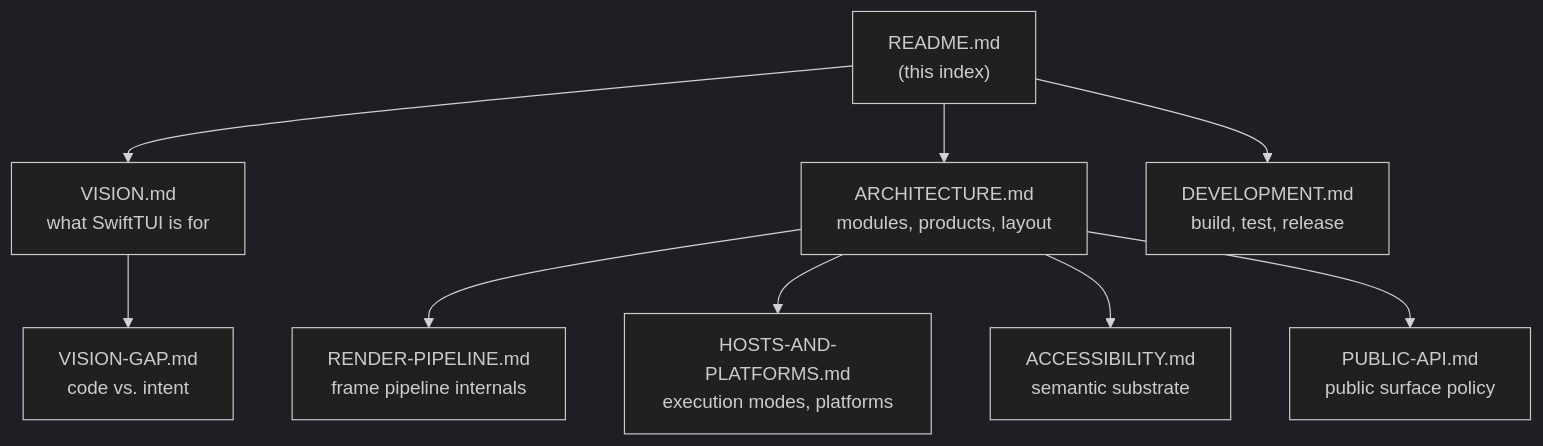
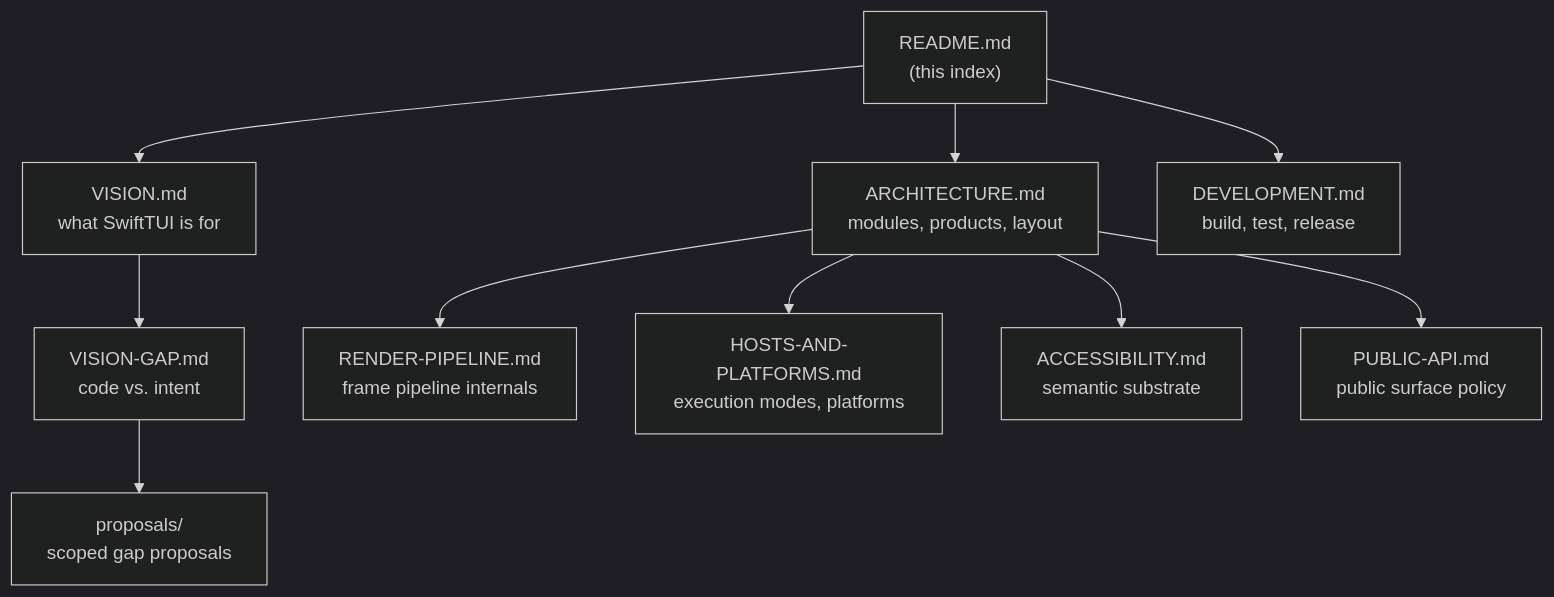
One commit to SwiftTUI/swift-tui changed the diagram in docs/README.md. Above: the diagram before and after it, drawn with Mermaid (dark theme). The commit also changed other lines of this file and 4 other files, not shown here.

````diff
--- a/docs/README.md
+++ b/docs/README.md
@@ -14,21 +14,23 @@
 ```mermaid
 flowchart TD
     README["README.md<br/>(this index)"]
     VISION["VISION.md<br/>what SwiftTUI is for"]
     GAP["VISION-GAP.md<br/>code vs. intent"]
     ARCH["ARCHITECTURE.md<br/>modules, products, layout"]
     PIPE["RENDER-PIPELINE.md<br/>frame pipeline internals"]
     HOSTS["HOSTS-AND-PLATFORMS.md<br/>execution modes, platforms"]
     A11Y["ACCESSIBILITY.md<br/>semantic substrate"]
     API["PUBLIC-API.md<br/>public surface policy"]
     DEV["DEVELOPMENT.md<br/>build, test, release"]
+    PROP["proposals/<br/>scoped gap proposals"]
 
     README --> VISION
     README --> ARCH
     README --> DEV
     VISION --> GAP
+    GAP --> PROP
     ARCH --> PIPE
     ARCH --> HOSTS
     ARCH --> A11Y
     ARCH --> API
 ```
````
